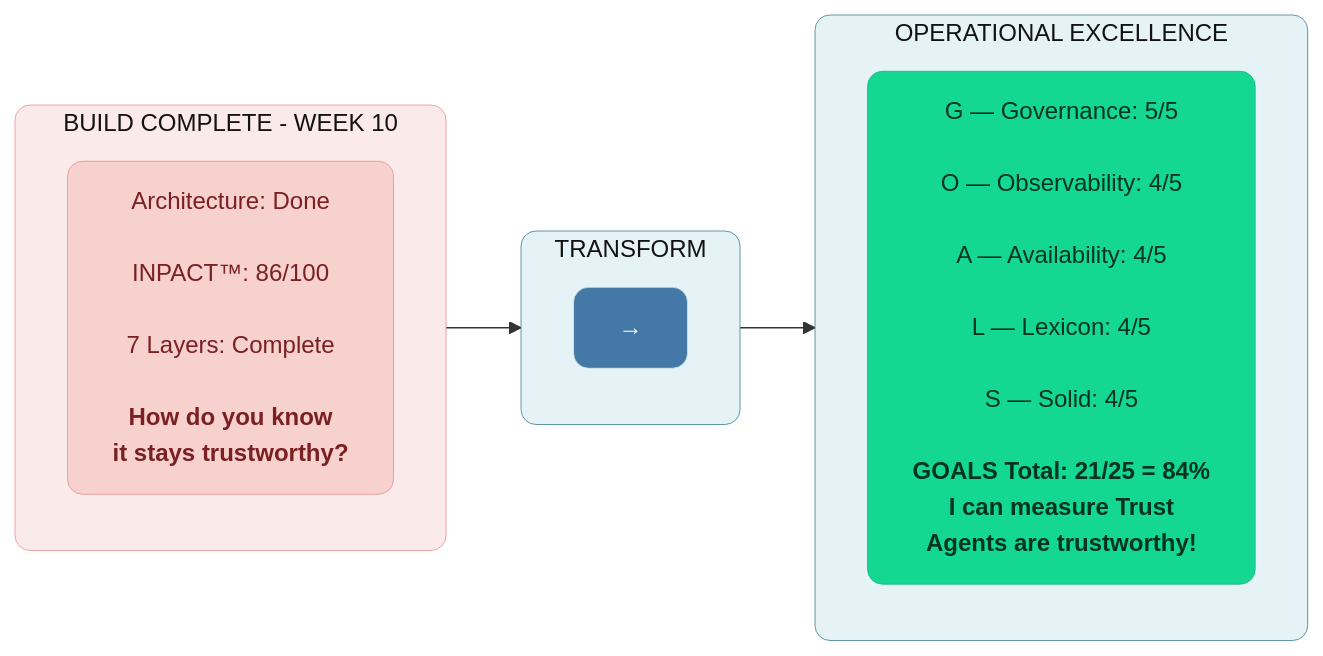
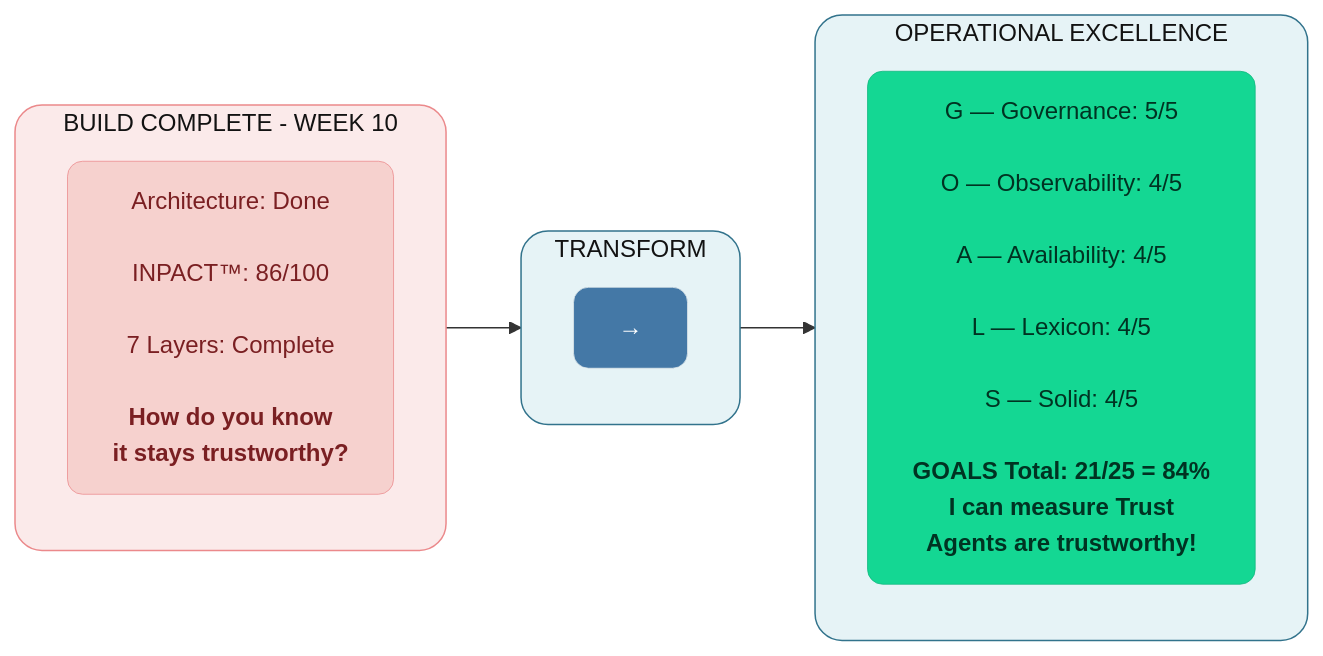
Before and after one commit to saitejesh-cyber/trust-before-intelligence-book: the first of 14 diagrams in manuscript/08_chapter_7_goals_framework.md, drawn with Mermaid. The commit also changed other lines of this file and 12 other files, not shown here.

````diff
--- a/manuscript/08_chapter_7_goals_framework.md
+++ b/manuscript/08_chapter_7_goals_framework.md
@@ -8,29 +8,29 @@
 ```mermaid
 
 graph LR
     subgraph BUILD["BUILD COMPLETE - WEEK 10"]
         direction TB
         B1["Architecture: Done<br/><br/>INPACT™: 86/100<br/><br/>7 Layers: Complete<br/><br/><b>How do you know<br/>it stays trustworthy?</b>"]
     end
     
     subgraph TRANSFORM["TRANSFORM"]
         direction TB
         T1["→"]
     end
     
     subgraph OPERATE["OPERATIONAL EXCELLENCE"]
         direction TB
         O1["G — Governance: 5/5<br/><br/>O — Observability: 4/5<br/><br/>A — Availability: 4/5<br/><br/>L — Lexicon: 4/5<br/><br/>S — Solid: 4/5<br/><br/><b>GOALS Total: 21/25 = 84%<br/>I can measure Trust<br/>Agents are trustworthy!"]
     end
     
     BUILD --> TRANSFORM --> OPERATE
     
-    style BUILD fill:#FBEAEA,stroke:#EB898B,stroke-width:0.5px,color:#121212,rx:10,ry:10
-    style TRANSFORM fill:#E6F3F6,stroke:#32738C,stroke-width:0.5px,color:#121212,rx:10,ry:10
-    style OPERATE fill:#E6F3F6,stroke:#32738C,stroke-width:0.5px,color:#121212,rx:10,ry:10
+    style BUILD fill:#FBEAEA,stroke:#EB898B,stroke-width:1px,color:#121212,rx:18,ry:18
+    style TRANSFORM fill:#E6F3F6,stroke:#32738C,stroke-width:1px,color:#121212,rx:18,ry:18
+    style OPERATE fill:#E6F3F6,stroke:#32738C,stroke-width:1px,color:#121212,rx:18,ry:18
     style B1 fill:#F6D1CE,stroke:#EB898B,stroke-width:0.5px,color:#7A1F22,rx:10,ry:10
     style T1 fill:#4478A6,stroke:#e4ebed,stroke-width:0.5px,color:#FFFFFF,rx:10,ry:10
     style O1 fill:#14D793,color:#003322,stroke:#0FB67D,stroke-width:0.5px,rx:10,ry:10
 
 
 ```
````
